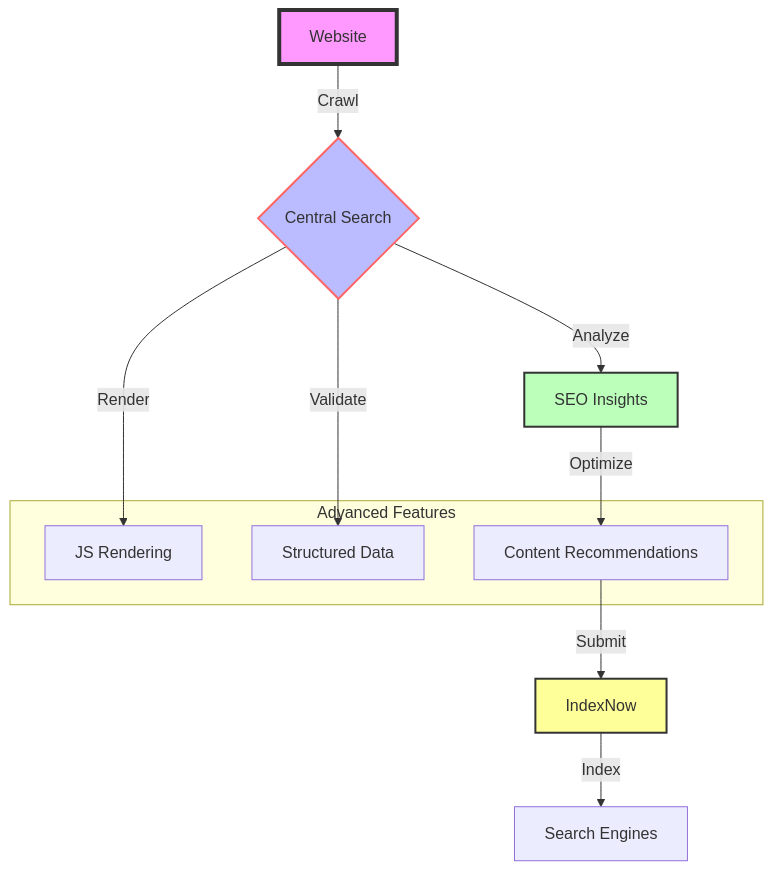
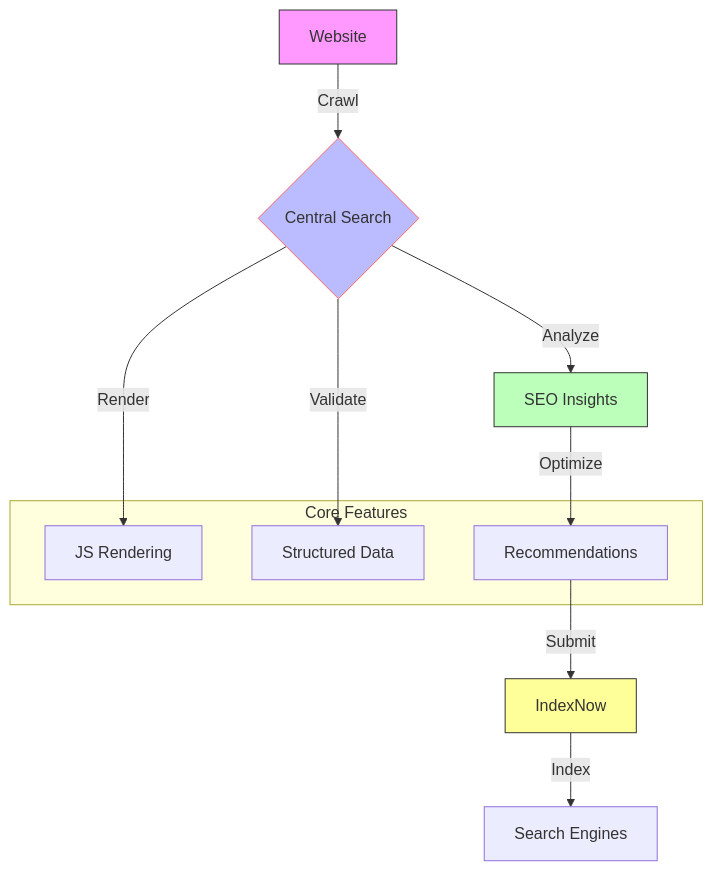
One commit to sheikh-vegeta/SheikhBot changed the diagram in README.md. Above: the diagram before and after it, drawn with Mermaid. The commit also changed other lines of this file, not shown here.

````diff
--- a/README.md
+++ b/README.md
@@ -21,21 +21,21 @@
 ```mermaid
-flowchart TD
+graph TD
     A[Website] -->|Crawl| B{Central Search}
     B -->|Analyze| C[SEO Insights]
     B -->|Render| D[JS Rendering]
     B -->|Validate| E[Structured Data]
-    C -->|Optimize| F[Content Recommendations]
+    C -->|Optimize| F[Recommendations]
     F -->|Submit| G[IndexNow]
     G -->|Index| H[Search Engines]
 
-    subgraph Advanced Features
+    subgraph Core Features
         D
         E
         F
     end
 
-    style A fill:#f9f,stroke:#333,stroke-width:4px
-    style B fill:#bbf,stroke:#f66,stroke-width:2px
-    style C fill:#bfb,stroke:#333,stroke-width:2px
-    style G fill:#ff9,stroke:#333,stroke-width:2px
+    style A fill:#f9f,stroke:#333
+    style B fill:#bbf,stroke:#f66
+    style C fill:#bfb,stroke:#333
+    style G fill:#ff9,stroke:#333
 ```
````
